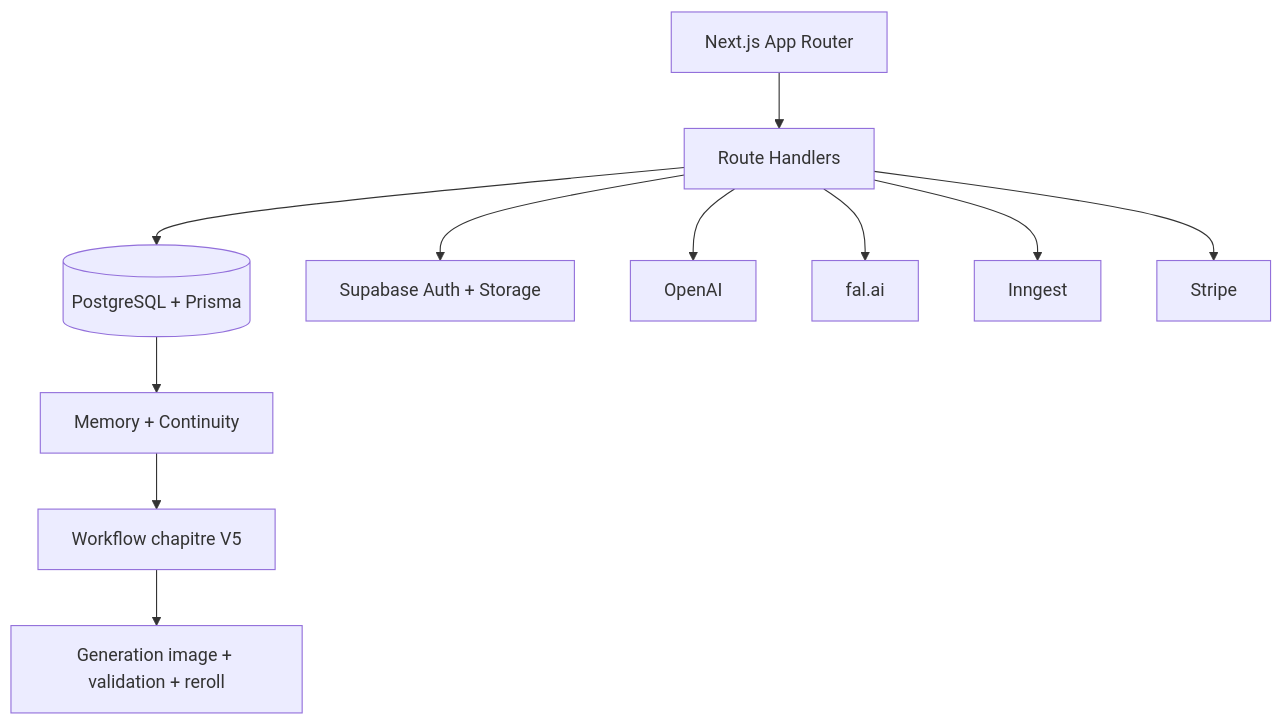
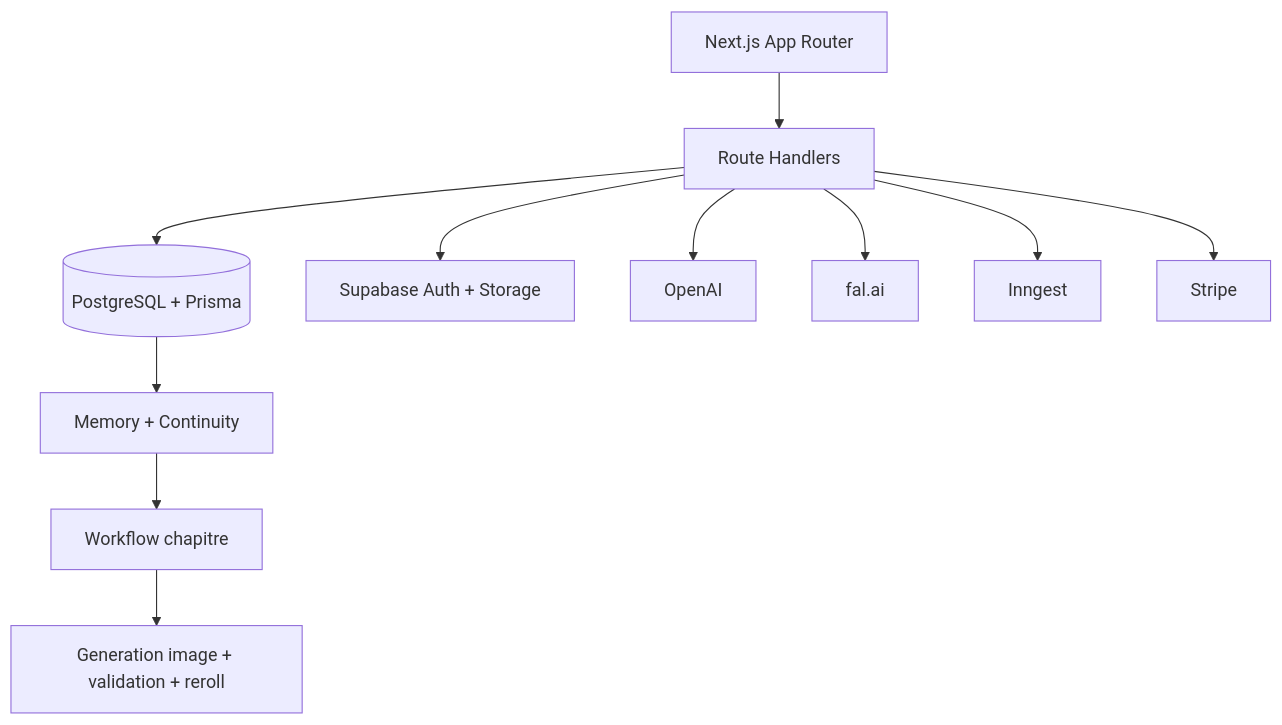
The diagram in README.md (Putsch13/mymanga), drawn with Mermaid before and after one commit. The commit also changed other lines of this file and 2 other files, not shown here.

````diff
--- a/README.md
+++ b/README.md
@@ -35,13 +66,13 @@
 ```mermaid
 flowchart TB
   UI[Next.js App Router] --> API[Route Handlers]
   API --> DB[(PostgreSQL + Prisma)]
   API --> SB[Supabase Auth + Storage]
   API --> OAI[OpenAI]
   API --> FAL[fal.ai]
   API --> ING[Inngest]
   API --> STRIPE[Stripe]
   DB --> MEM[Memory + Continuity]
-  MEM --> WF[Workflow chapitre V5]
+  MEM --> WF[Workflow chapitre]
   WF --> IMG[Generation image + validation + reroll]
 ```
````
